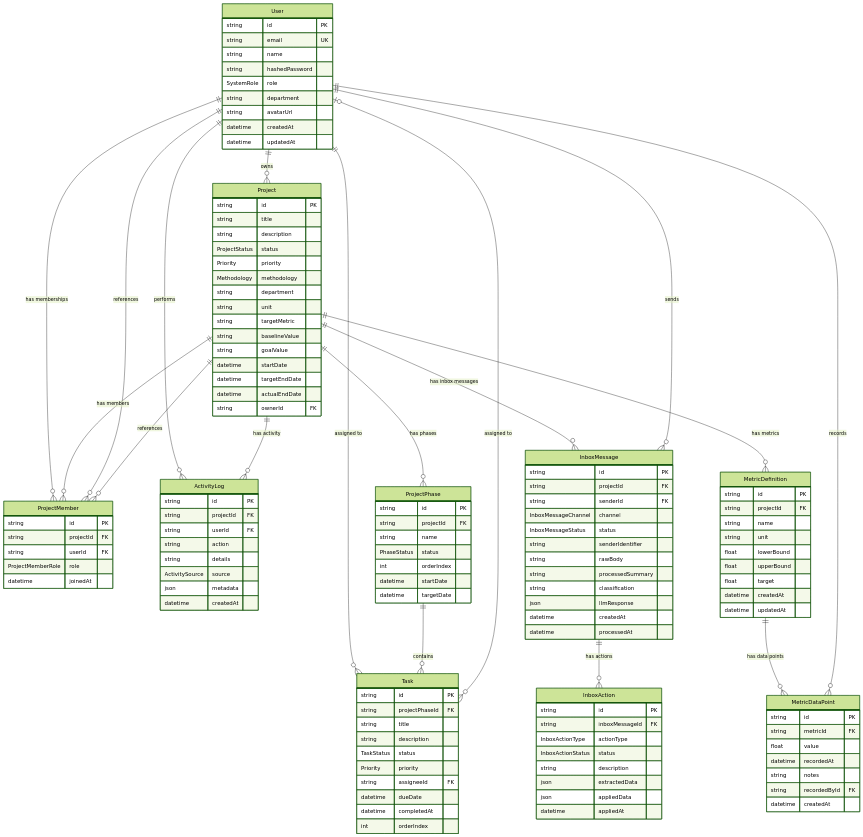
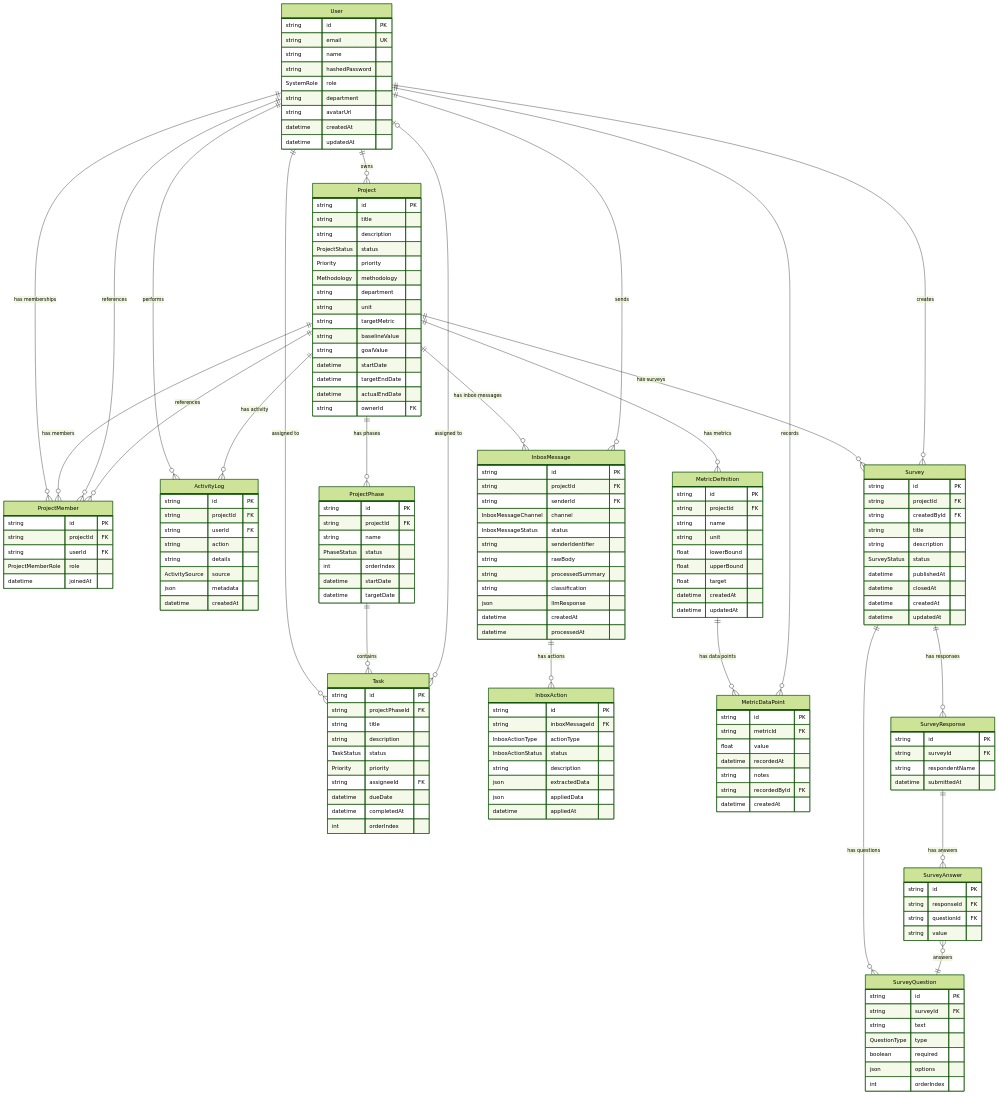
Before and after one commit to akbarherekar/QIapp: the first of 15 diagrams in docs/diagrams.md, drawn with Mermaid (forest theme). The commit also changed other lines of this file and 30 other files, not shown here.

````diff
--- a/docs/diagrams.md
+++ b/docs/diagrams.md
@@ -156,4 +157,48 @@
         string recordedById FK
         datetime createdAt
     }
+
+    Project ||--o{ Survey : "has surveys"
+    User ||--o{ Survey : "creates"
+    Survey ||--o{ SurveyQuestion : "has questions"
+    Survey ||--o{ SurveyResponse : "has responses"
+    SurveyResponse ||--o{ SurveyAnswer : "has answers"
+    SurveyAnswer }o--|| SurveyQuestion : "answers"
+
+    Survey {
+        string id PK
+        string projectId FK
+        string createdById FK
+        string title
+        string description
+        SurveyStatus status
+        datetime publishedAt
+        datetime closedAt
+        datetime createdAt
+        datetime updatedAt
+    }
+
+    SurveyQuestion {
+        string id PK
+        string surveyId FK
+        string text
+        QuestionType type
+        boolean required
+        json options
+        int orderIndex
+    }
+
+    SurveyResponse {
+        string id PK
+        string surveyId FK
+        string respondentName
+        datetime submittedAt
+    }
+
+    SurveyAnswer {
+        string id PK
+        string responseId FK
+        string questionId FK
+        string value
+    }
 ```
````
